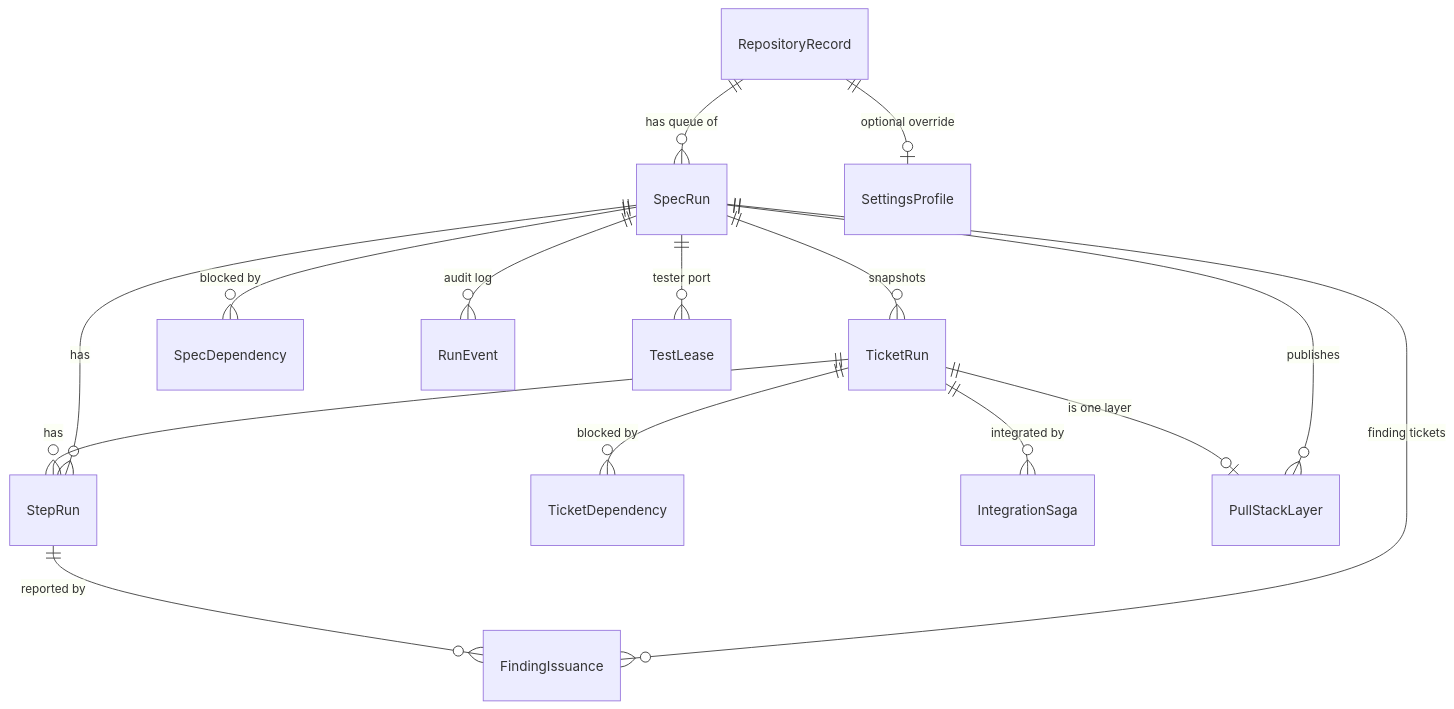
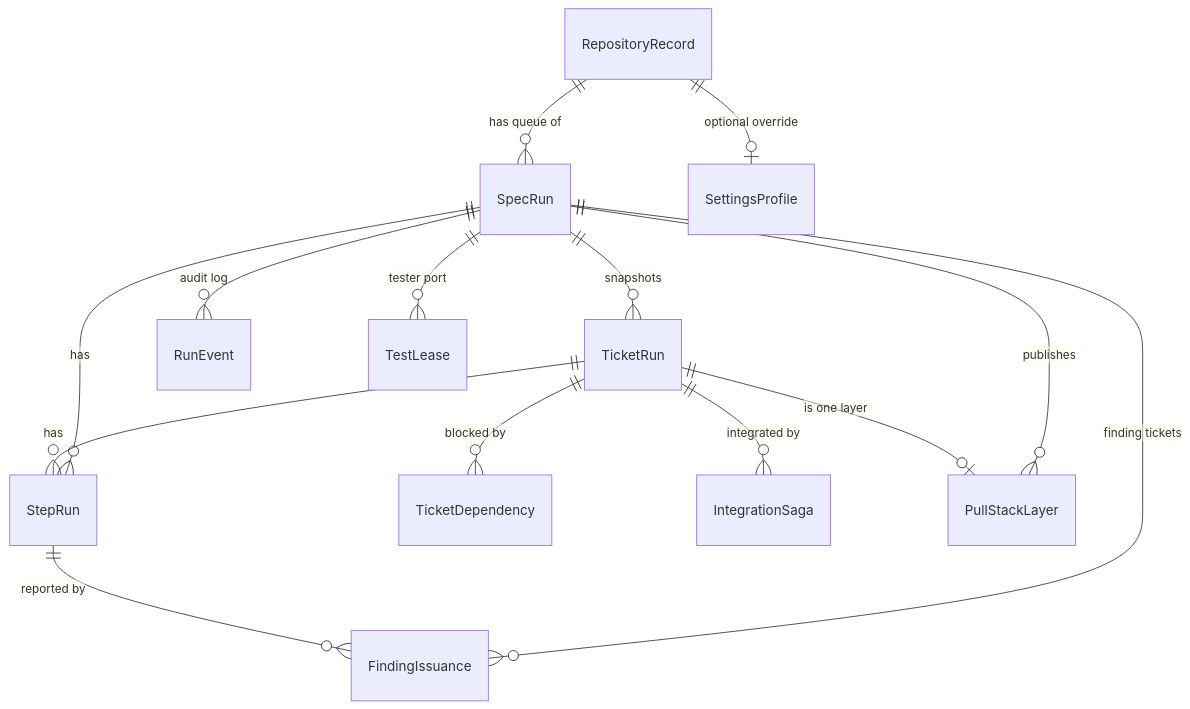
One commit to FlorianAlbert/WebDevLoop changed the diagram in docfx/developer-guide/domain-model.md. Above: the diagram before and after it, drawn with Mermaid. The commit also changed other lines of this file and 117 other files, not shown here.

````diff
--- a/docfx/developer-guide/domain-model.md
+++ b/docfx/developer-guide/domain-model.md
@@ -9,17 +9,16 @@
 ```mermaid
 erDiagram
     RepositoryRecord ||--o{ SpecRun : "has queue of"
     RepositoryRecord ||--o| SettingsProfile : "optional override"
     SpecRun ||--o{ TicketRun : "snapshots"
     SpecRun ||--o{ StepRun : "has"
     TicketRun ||--o{ StepRun : "has"
     TicketRun ||--o{ TicketDependency : "blocked by"
-    SpecRun ||--o{ SpecDependency : "blocked by"
     TicketRun ||--o{ IntegrationSaga : "integrated by"
     SpecRun ||--o{ PullStackLayer : "publishes"
     TicketRun ||--o| PullStackLayer : "is one layer"
     SpecRun ||--o{ RunEvent : "audit log"
     SpecRun ||--o{ FindingIssuance : "finding tickets"
     StepRun ||--o{ FindingIssuance : "reported by"
     SpecRun ||--o{ TestLease : "tester port"
 ```
````
